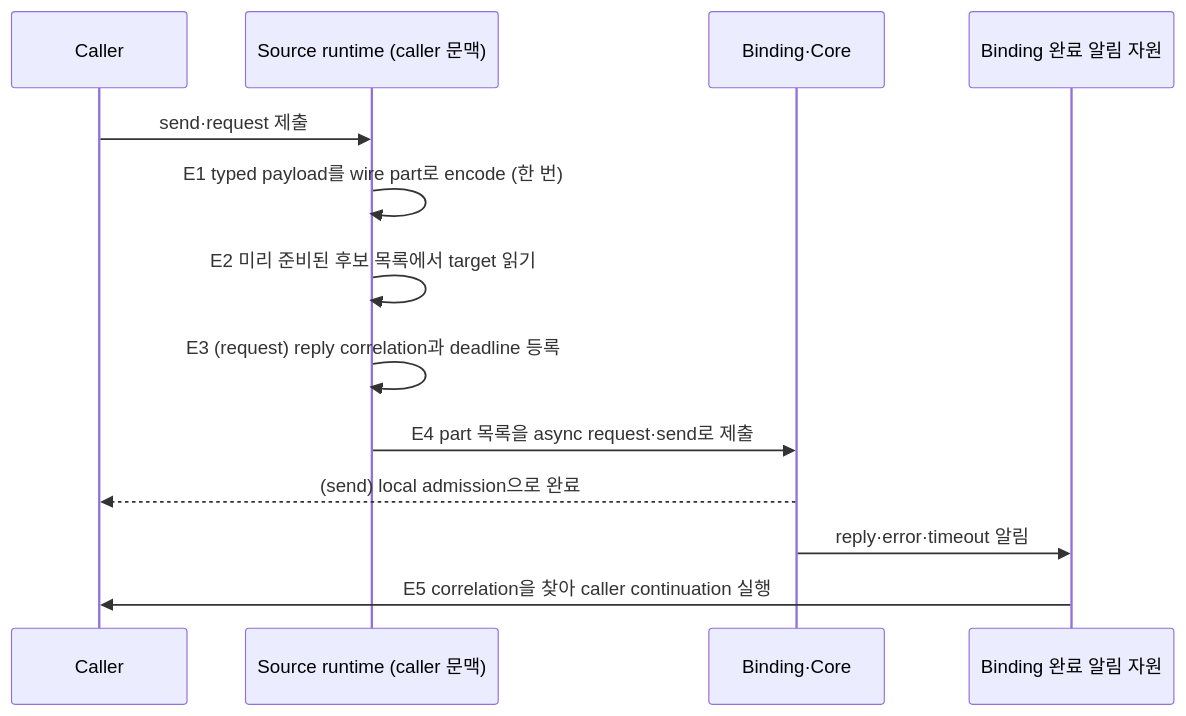
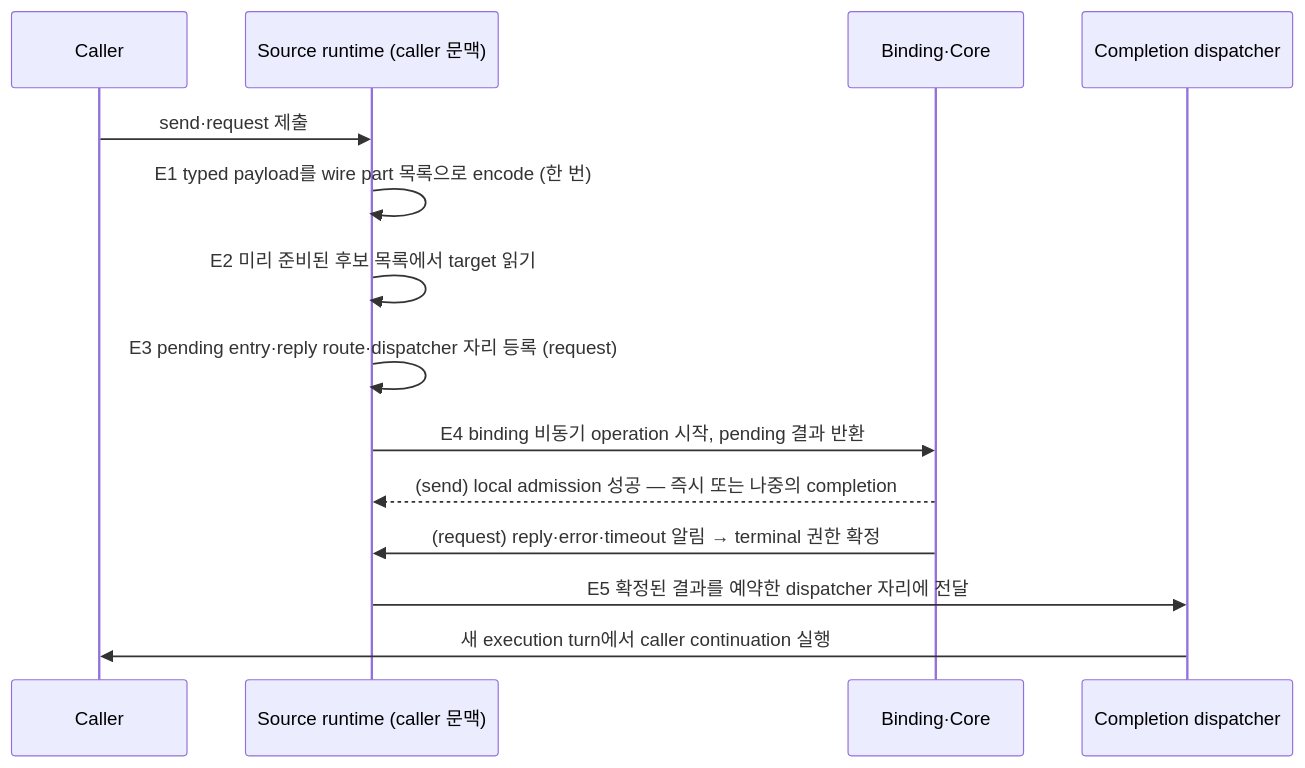
Before and after one commit to zlink-systems/zlink: the first of 2 diagrams in framework/doc/framework/common/spec/server/01-execution/08-messaging-hot-path.ko.md, drawn with Mermaid. The commit also changed other lines of this file and 2 other files, not shown here.

First line of the commit message:
spec(framework): messaging hot path — codex 리뷰 20건 반영(E5는 completion dispatcher 새 turn, E3 등록 순서와 상태 분류, permit 0 경로, control record 처리 위치, send 완료 시점, Spot direct cache 적중 범위, Node 대기 방식, 검증은 공개 결과만)

````diff
--- a/framework/doc/framework/common/spec/server/01-execution/08-messaging-hot-path.ko.md
+++ b/framework/doc/framework/common/spec/server/01-execution/08-messaging-hot-path.ko.md
@@ -65,16 +73,17 @@
 ```mermaid
 sequenceDiagram
     participant C as Caller
     participant R as Source runtime (caller 문맥)
     participant B as Binding·Core
-    participant X as Binding 완료 알림 자원
+    participant D as Completion dispatcher
 
     C->>R: send·request 제출
-    R->>R: E1 typed payload를 wire part로 encode (한 번)
+    R->>R: E1 typed payload를 wire part 목록으로 encode (한 번)
     R->>R: E2 미리 준비된 후보 목록에서 target 읽기
-    R->>R: E3 (request) reply correlation과 deadline 등록
-    R->>B: E4 part 목록을 async request·send로 제출
-    B-->>C: (send) local admission으로 완료
-    B->>X: reply·error·timeout 알림
-    X->>C: E5 correlation을 찾아 caller continuation 실행
+    R->>R: E3 pending entry·reply route·dispatcher 자리 등록 (request)
+    R->>B: E4 binding 비동기 operation 시작, pending 결과 반환
+    B-->>R: (send) local admission 성공 — 즉시 또는 나중의 completion
+    B->>R: (request) reply·error·timeout 알림 → terminal 권한 확정
+    R->>D: E5 확정된 결과를 예약한 dispatcher 자리에 전달
+    D->>C: 새 execution turn에서 caller continuation 실행
 ```
````
